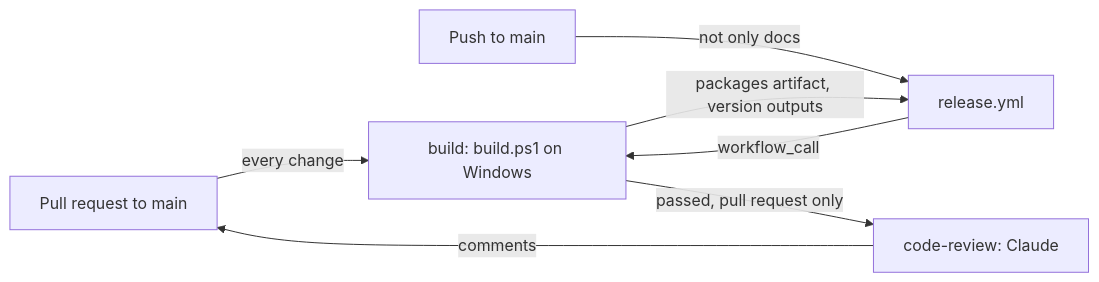
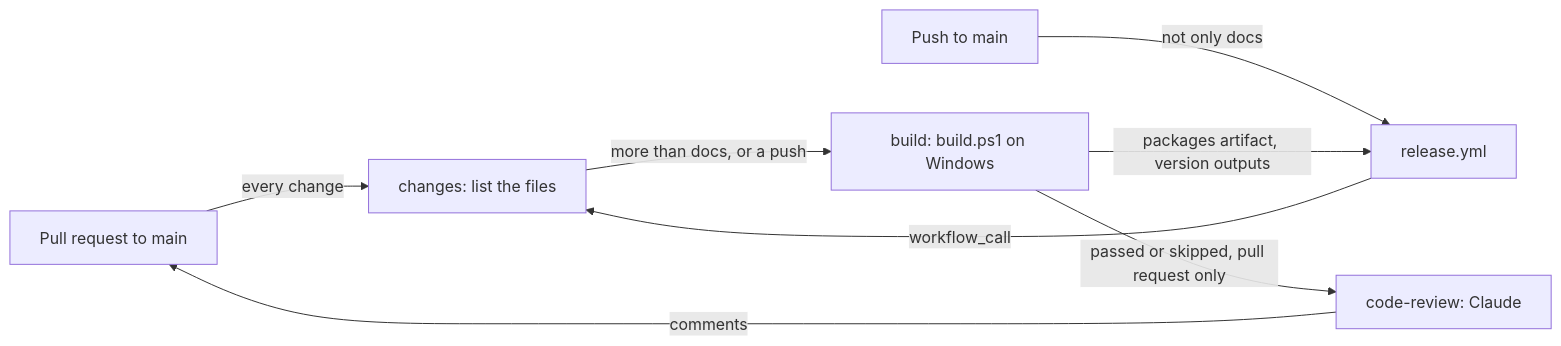
Before and after one commit to froazin/hairpin: the diagram in Docs/ci.md, drawn with Mermaid. The commit also changed other lines of this file and 6 other files, not shown here.

First line of the commit message:
ci: Skip the build of a pull request that only changes docs (#15)

````diff
--- a/Docs/ci.md
+++ b/Docs/ci.md
@@ -20,11 +20,12 @@
 ```mermaid
 flowchart LR
     accTitle: The jobs in the CI workflow
-    accDescr: Every pull request to main starts the CI workflow directly. A push to main that changes more than docs starts the release workflow, which calls it. The build job runs build.ps1 on Windows and uploads the packages. On a pull request only, when the build passes, the code-review job runs Claude, which comments on the pull request.
-    pr["Pull request to main"] -->|"every change"| build["build: build.ps1 on Windows"]
+    accDescr: Every pull request to main starts the CI workflow directly. A push to main that changes more than docs starts the release workflow, which calls it. The changes job decides whether to build. The build job runs build.ps1 on Windows and uploads the packages. On a pull request only, when the build passes or is skipped, the code-review job runs Claude, which comments on the pull request.
+    pr["Pull request to main"] -->|"every change"| changes["changes: list the files"]
     push["Push to main"] -->|"not only docs"| release["release.yml"]
-    release -->|"workflow_call"| build
+    release -->|"workflow_call"| changes
+    changes -->|"more than docs, or a push"| build["build: build.ps1 on Windows"]
     build -->|"packages artifact, version outputs"| release
-    build -->|"passed, pull request only"| review["code-review: Claude"]
+    build -->|"passed or skipped, pull request only"| review["code-review: Claude"]
     review -->|comments| pr
 ```
````
